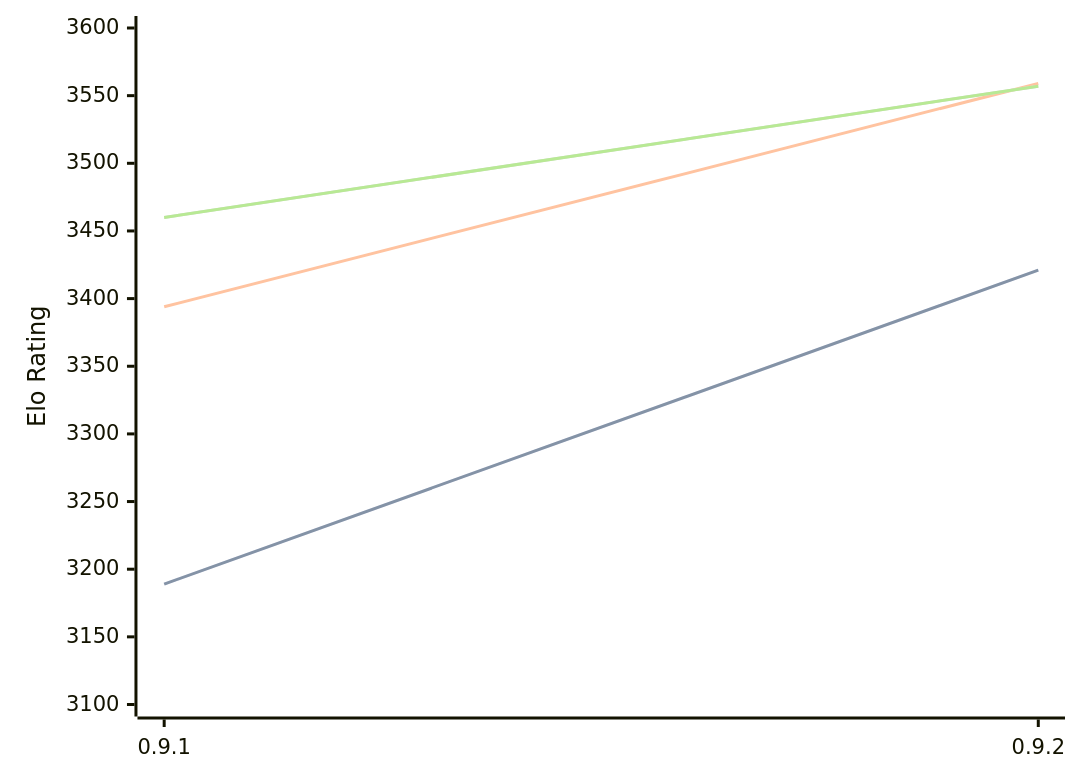
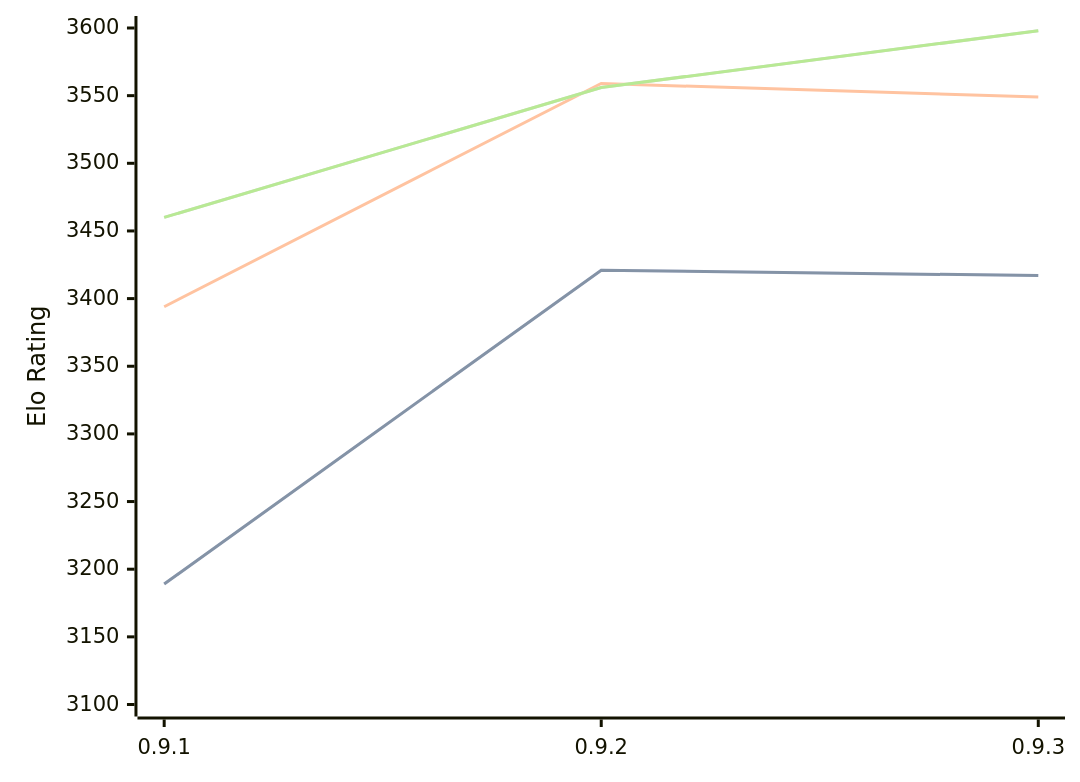
The diagram in engines/Coda.md (computer-chess-index/cci), drawn with Mermaid before and after one commit. The commit also changed other lines of this file, not shown here.

Commit message:
Update CCI Ratings (ELO VLTC) - 2026-07-27

````diff
--- a/engines/Coda.md
+++ b/engines/Coda.md
@@ -32,11 +33,11 @@
 ```mermaid
 %%{init: {"theme":"base","themeVariables":{"seriesColors:['#a3a3a3','#222221','#faa371']}}}%%
 xychart-beta
-  x-axis ["0.9.1", "0.9.2"]
+  x-axis ["0.9.1", "0.9.2", "0.9.3"]
   y-axis "Elo Rating" 3100 --> 3600
-  line "STC (8.0+0.08s)" [3189, 3421]
-  line "STC (8.0+0.08s)" [3189, 3421]
-  line "LTC (60.0+0.60s)" [3394, 3559]
-  line "VLTC (2m24s+1.12s)" [3460, 3557]
-  line "VLTC (2m24s+1.12s)" [3460, 3557]
+  line "STC (8.0+0.08s)" [3189, 3421, 3417]
+  line "STC (8.0+0.08s)" [3189, 3421, 3417]
+  line "LTC (60.0+0.60s)" [3394, 3559, 3549]
+  line "VLTC (2m24s+1.12s)" [3460, 3556, 3598]
+  line "VLTC (2m24s+1.12s)" [3460, 3556, 3598]
 ```
````
